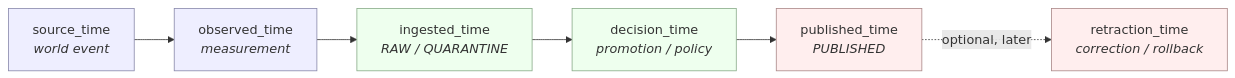
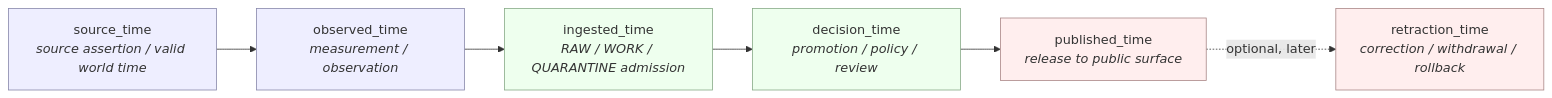
Before and after one commit to bartytime4life/Kansas-Frontier-Matrix: the first of 3 diagrams in docs/adr/ADR-0014-temporal-vocabulary--six-time-kinds-tracked.md, drawn with Mermaid. The commit also changed other lines of this file, not shown here.

````diff
--- a/docs/adr/ADR-0014-temporal-vocabulary--six-time-kinds-tracked.md
+++ b/docs/adr/ADR-0014-temporal-vocabulary--six-time-kinds-tracked.md
@@ -158,15 +139,15 @@
 ```mermaid
 flowchart LR
-  A["source_time<br/><i>world event</i>"] --> B["observed_time<br/><i>measurement</i>"]
-  B --> C["ingested_time<br/><i>RAW / QUARANTINE</i>"]
-  C --> D["decision_time<br/><i>promotion / policy</i>"]
-  D --> E["published_time<br/><i>PUBLISHED</i>"]
-  E -.->|optional, later| F["retraction_time<br/><i>correction / rollback</i>"]
+  A["source_time<br/><i>source assertion / valid world time</i>"] --> B["observed_time<br/><i>measurement / observation</i>"]
+  B --> C["ingested_time<br/><i>RAW / WORK / QUARANTINE admission</i>"]
+  C --> D["decision_time<br/><i>promotion / policy / review</i>"]
+  D --> E["published_time<br/><i>release to public surface</i>"]
+  E -.->|optional, later| F["retraction_time<br/><i>correction / withdrawal / rollback</i>"]
 
   classDef external fill:#eef,stroke:#88a;
   classDef internal fill:#efe,stroke:#8a8;
   classDef release  fill:#fee,stroke:#a88;
   class A,B external
   class C,D internal
   class E,F release
 ```
````
